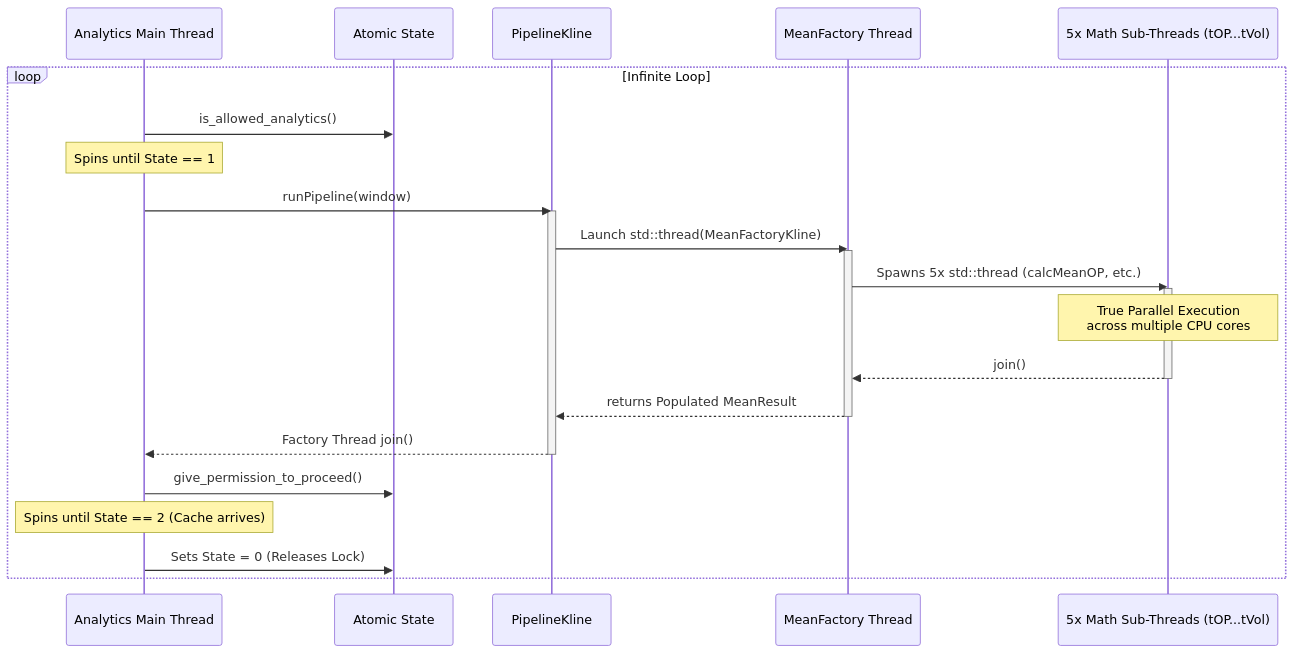
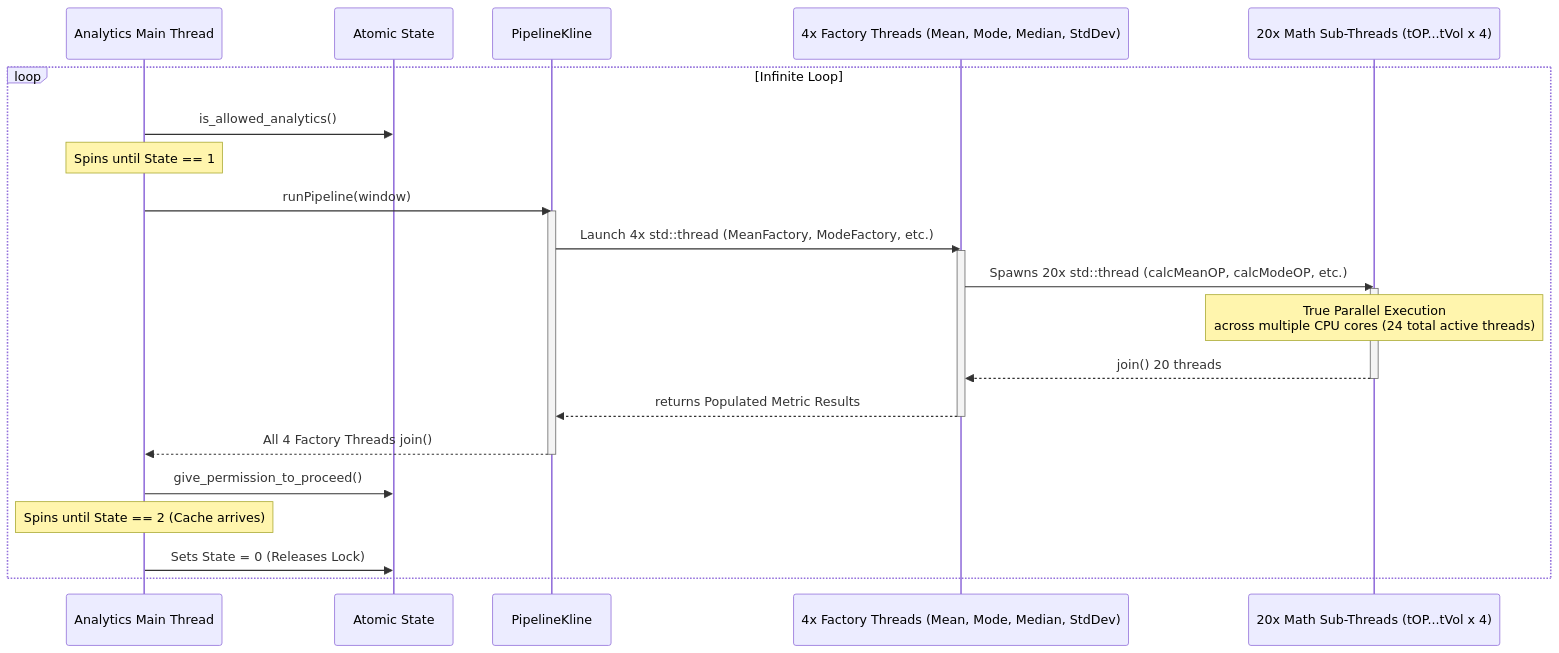
Before and after one commit to salmanamir95/rt-da-btc: the sixth of 6 diagrams in docs/thread_mechanics.md, drawn with Mermaid. The commit also changed other lines of this file and 1 other file, not shown here.

````diff
--- a/docs/thread_mechanics.md
+++ b/docs/thread_mechanics.md
@@ -162,36 +163,36 @@
 ```mermaid
 sequenceDiagram
     participant Ana as Analytics Main Thread
     participant State as Atomic State
     participant Pipe as PipelineKline
-    participant Fact as MeanFactory Thread
-    participant Sub as 5x Math Sub-Threads (tOP...tVol)
+    participant Fact as 4x Factory Threads (Mean, Mode, Median, StdDev)
+    participant Sub as 20x Math Sub-Threads (tOP...tVol x 4)
 
     loop Infinite Loop
         Ana->>State: is_allowed_analytics()
         Note over Ana: Spins until State == 1
         
         Ana->>Pipe: runPipeline(window)
         activate Pipe
         
-        Pipe->>Fact: Launch std::thread(MeanFactoryKline)
+        Pipe->>Fact: Launch 4x std::thread (MeanFactory, ModeFactory, etc.)
         activate Fact
         
-        Fact->>Sub: Spawns 5x std::thread (calcMeanOP, etc.)
+        Fact->>Sub: Spawns 20x std::thread (calcMeanOP, calcModeOP, etc.)
         activate Sub
-        Note over Sub: True Parallel Execution<br/>across multiple CPU cores
+        Note over Sub: True Parallel Execution<br/>across multiple CPU cores (24 total active threads)
         
-        Sub-->>Fact: join()
+        Sub-->>Fact: join() 20 threads
         deactivate Sub
         
-        Fact-->>Pipe: returns Populated MeanResult
+        Fact-->>Pipe: returns Populated Metric Results
         deactivate Fact
         
-        Pipe-->>Ana: Factory Thread join()
+        Pipe-->>Ana: All 4 Factory Threads join()
         deactivate Pipe
         
         Ana->>State: give_permission_to_proceed()
         Note over Ana: Spins until State == 2 (Cache arrives)
         Ana->>State: Sets State = 0 (Releases Lock)
     end
 ```
````
